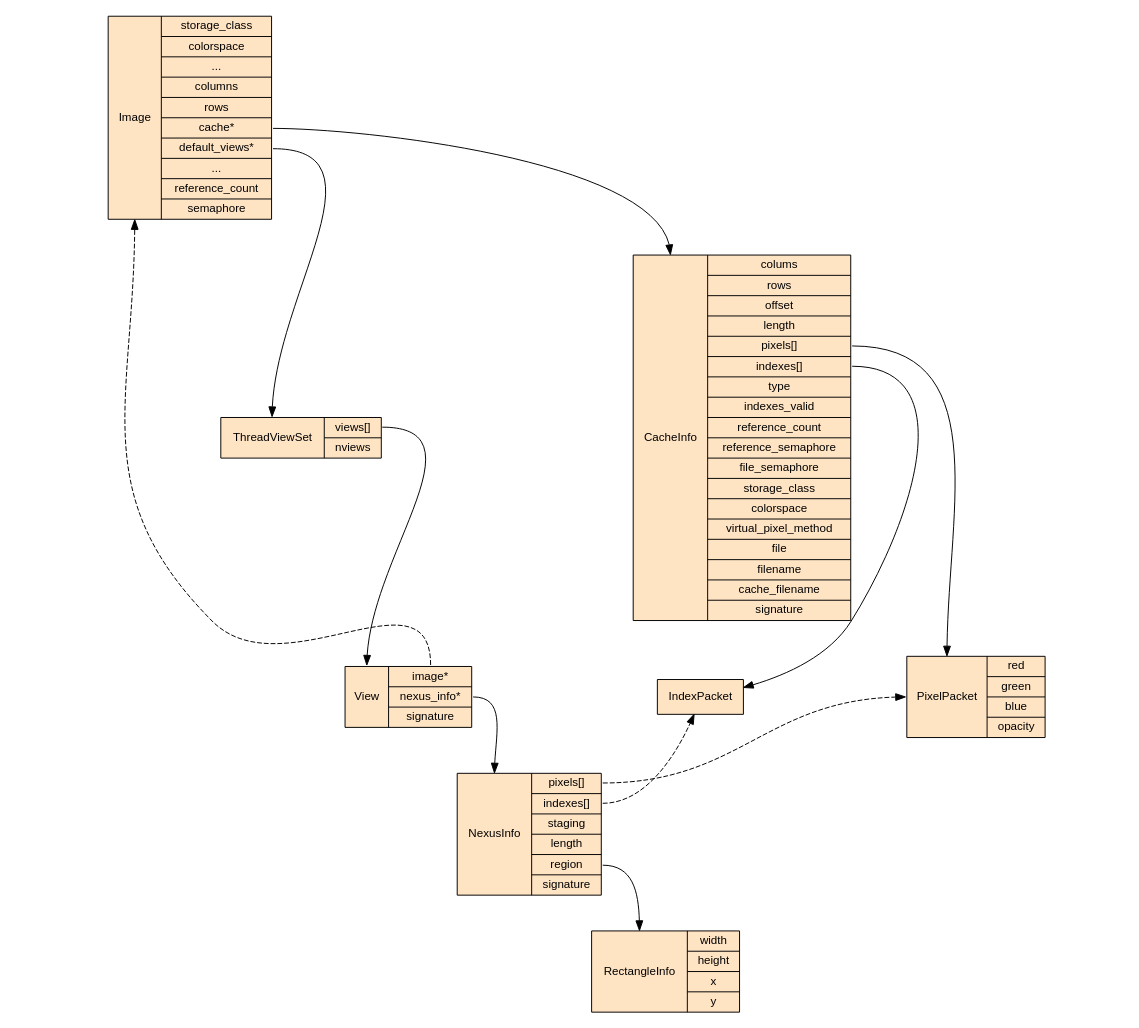
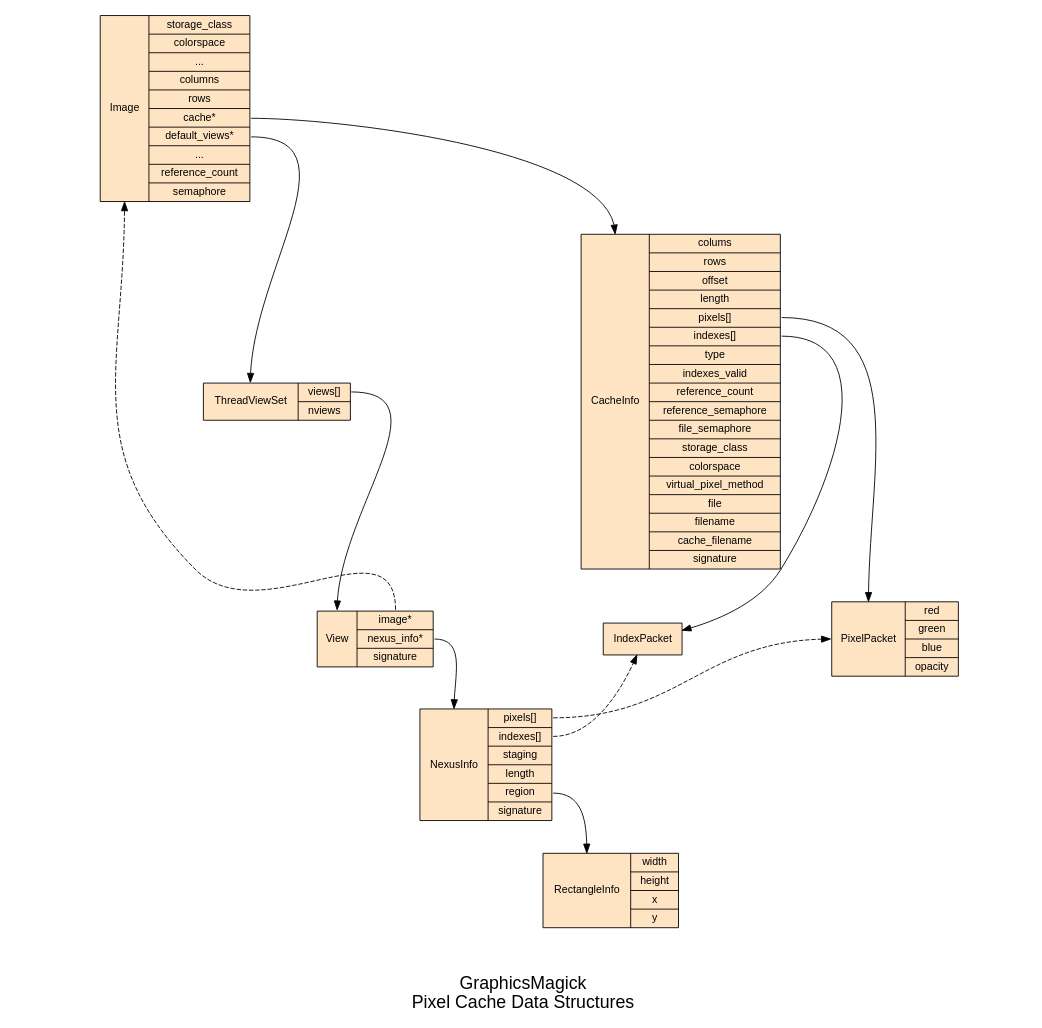
One commit to xorgy/graphicsmagick changed the diagram in design/pixel-cache-struct.dot. Above: the diagram before and after it, drawn with Graphviz. The commit also changed 1 other file, not shown here.

Commit message:
Add figure titles.

```diff
--- a/design/pixel-cache-struct.dot
+++ b/design/pixel-cache-struct.dot
@@ -1,108 +1,112 @@
 /*
   Copyright (C) 2009 GraphicsMagick Group
 
   This program is covered by multiple licenses, which are described in
   Copyright.txt. You should have received a copy of Copyright.txt with
   this package; otherwise see
   http://www.graphicsmagick.org/www/Copyright.html.
 
   Pixel Cache Data Structures
   Written by Bob Friesenhahn, January 2009.
 
   This file is in DOT format and may be viewed using GraphicsMagick if
   'dot' is installed.  For example:
 
     gm display -density 100  pixel-cache-struct.dot
 */
 
 digraph "pixel-cache-struct" {
+
+  label = "\n\nGraphicsMagick\nPixel Cache Data Structures";
+  fontname = "Helvetica";
+  fontsize=20;
 
   /* bounding box of drawing in inches */
   size = "11,8.5";
 
   /* aspect ratio, or fill/compress/auto */
   ratio = 0.9;
   /* ratio = auto; */
 
   /* Rotation on page (only 0 or 90 works) */
   rotate = 0;
 
   /* minimum separation between nodes */
   /* nodesep = 1; */
 
   /* minimum separation between ranks */
   /* ranksep = .5; */
 
   /* Top to bottom drawing (alternative is LR) */
   rankdir = "TB";
 
   /* Default node attributes. */
   node [
     shape = record,
     fontname = "Helvetica",
     fontsize = 12,
     fontcolor = "black",
     fillcolor = "bisque",
     style=filled
     ];
 
   "Image" [
      shape=record,
      label="<Struct> \N|{storage_class|colorspace|...|columns|rows|<cache> cache*|<default_views> default_views*|...|reference_count|semaphore}"
      ];
 
   "ThreadViewSet" [
      shape=record, label="<Struct> \N|{<views> views[]|nviews}"
      ];
 
   "View" [
      shape=record,
      label="<Struct> \N|{<image> image*|<nexus_info> nexus_info*|signature}"
      ];
 
   "NexusInfo" [
      shape=record,
      label="<Struct> \N|{<pixels> pixels[]|<indexes> indexes[]|staging|length|<region> region|signature}"
      ];
 
   "CacheInfo" [
      shape=record,
      label="<Struct> \N|{colums|rows|offset|length|<pixels> pixels[]|<indexes> indexes[]|type|indexes_valid|reference_count|reference_semaphore|file_semaphore|storage_class|colorspace|virtual_pixel_method|file|filename|cache_filename|signature}"
      ];
 
   "PixelPacket" [
      shape=record,
      label="<Struct> \N|{red|green|blue|opacity}"
      ];
 
   "IndexPacket" [
      shape=box,
      label="\N"
      ];
 
   "RectangleInfo" [
      shape=record,
      label="<Struct> \N|{width|height|x|y}"
      ];
 
   Image:cache -> CacheInfo:Struct;
 
   Image:default_views -> ThreadViewSet:Struct;
 
   ThreadViewSet:views -> View:Struct;
 
   View:image -> Image:Struct [ style = dashed ];
 
   View:nexus_info -> NexusInfo:Struct;
 
   NexusInfo:pixels -> PixelPacket:Struct [ style = dashed, constraint = false ];
 
   NexusInfo:indexes -> IndexPacket [ style = dashed, constraint = false ];
 
   NexusInfo:region -> RectangleInfo:Struct;
 
   CacheInfo:pixels -> PixelPacket:Struct;
 
   CacheInfo:indexes -> IndexPacket;
 
 }
```
